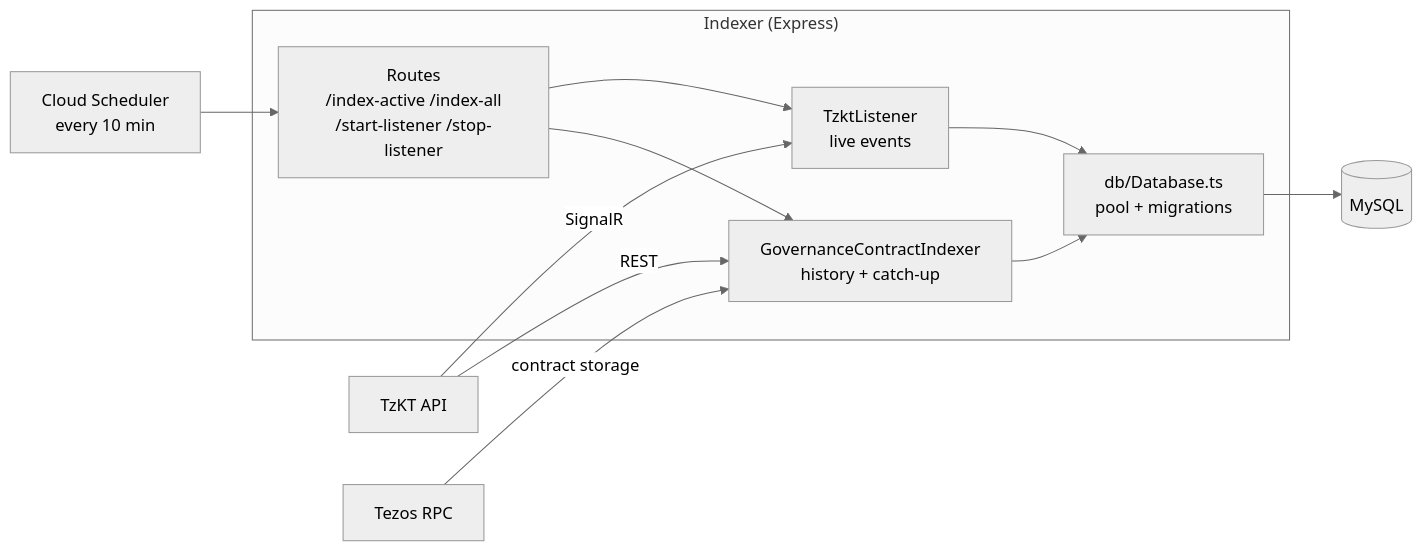
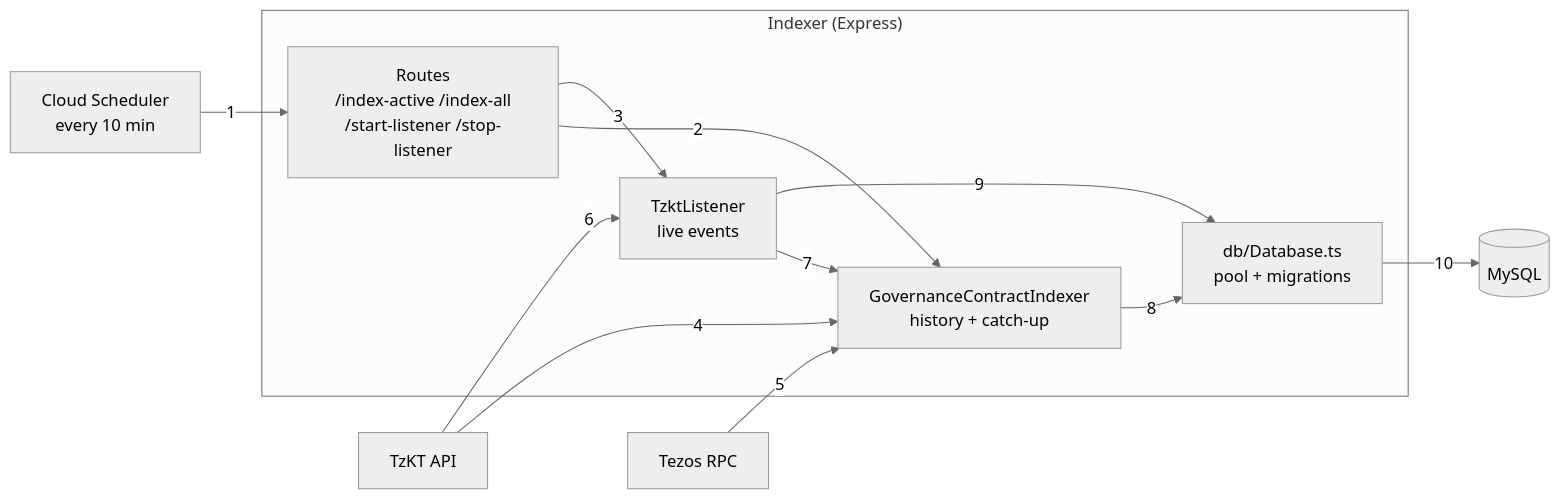
One commit to etherlinkcom/governance-website-v2 changed the diagram in apps/indexer/README.md. Above: the diagram before and after it, drawn with Mermaid (neutral theme). The commit also changed other lines of this file and 1 other file, not shown here.

Commit message:
docs: number diagram steps and document indexer data sources

````diff
--- a/apps/indexer/README.md
+++ b/apps/indexer/README.md
@@ -51,23 +59,24 @@
 ```mermaid
 flowchart LR
   sched["Cloud Scheduler<br/>every 10 min"]
   subgraph indexer["Indexer (Express)"]
     routes["Routes<br/>/index-active /index-all<br/>/start-listener /stop-listener"]
     gci["GovernanceContractIndexer<br/>history + catch-up"]
     tl["TzktListener<br/>live events"]
     dbc["db/Database.ts<br/>pool + migrations"]
   end
   tzkt["TzKT API"]
   rpc["Tezos RPC"]
   db[("MySQL")]
 
-  sched --> routes
-  routes --> gci
-  routes --> tl
-  tzkt -->|REST| gci
-  rpc -->|contract storage| gci
-  tzkt -->|SignalR| tl
-  gci --> dbc
-  tl --> dbc
-  dbc --> db
+  sched -->|1| routes
+  routes -->|2| gci
+  routes -->|3| tl
+  tzkt -->|4| gci
+  rpc -->|5| gci
+  tzkt -->|6| tl
+  tl -->|7| gci
+  gci -->|8| dbc
+  tl -->|9| dbc
+  dbc -->|10| db
 ```
````
